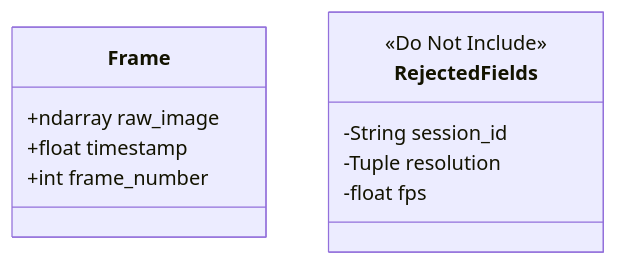
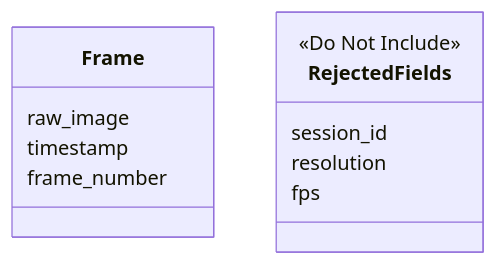
Before and after one commit to Varun2526/AirOs: the fifth of 7 diagrams in docs/engineering/04-real-time-systems.md, drawn with Mermaid. The commit also changed other lines of this file, not shown here.

Commit message:
docs: simplify class diagrams and update camera capture architecture in real-time systems documentation

````diff
--- a/docs/engineering/04-real-time-systems.md
+++ b/docs/engineering/04-real-time-systems.md
@@ -202,15 +202,15 @@
 ```mermaid
 classDiagram
     class Frame {
-        +ndarray raw_image
-        +float timestamp
-        +int frame_number
+        raw_image
+        timestamp
+        frame_number
     }
     
     class RejectedFields {
         <<Do Not Include>>
-        -String session_id
-        -Tuple resolution
-        -float fps
+        session_id
+        resolution
+        fps
     }
 ```
````
